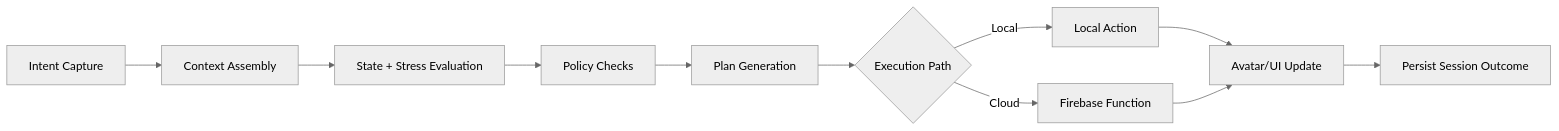
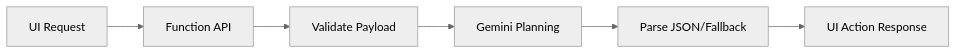
One commit to brundag22/etherea-adaptive-os changed the third of 3 diagrams in README.md. Above: the diagram before and after it, drawn with Mermaid (neutral theme). The commit also changed other lines of this file, not shown here.

````diff
--- a/README.md
+++ b/README.md
@@ -170,13 +139,8 @@
 ```mermaid
 flowchart LR
-  A[Intent Capture] --> B[Context Assembly]
-  B --> C[State + Stress Evaluation]
-  C --> D[Policy Checks]
-  D --> E[Plan Generation]
-  E --> F{Execution Path}
-  F -->|Local| G[Local Action]
-  F -->|Cloud| H[Firebase Function]
-  G --> I[Avatar/UI Update]
-  H --> I
-  I --> J[Persist Session Outcome]
+  A[UI Request] --> B[Function API]
+  B --> C[Validate Payload]
+  C --> D[Gemini Planning]
+  D --> E[Parse JSON/Fallback]
+  E --> F[UI Action Response]
 ```
````
